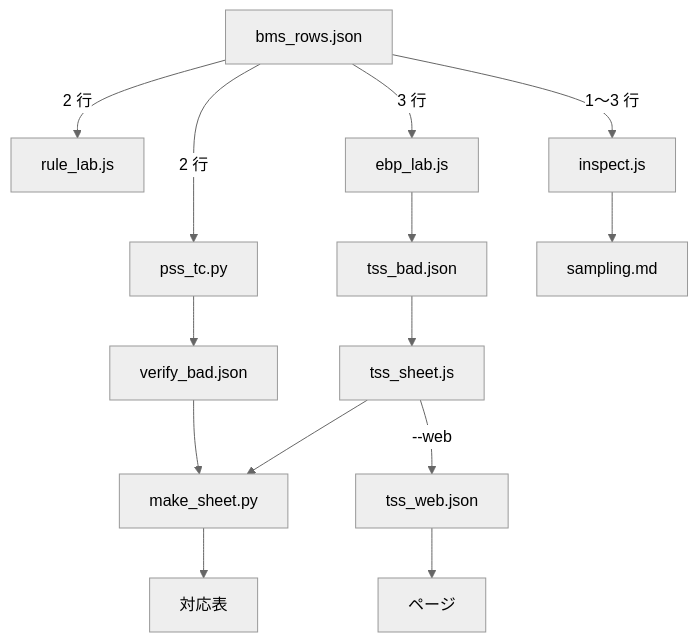
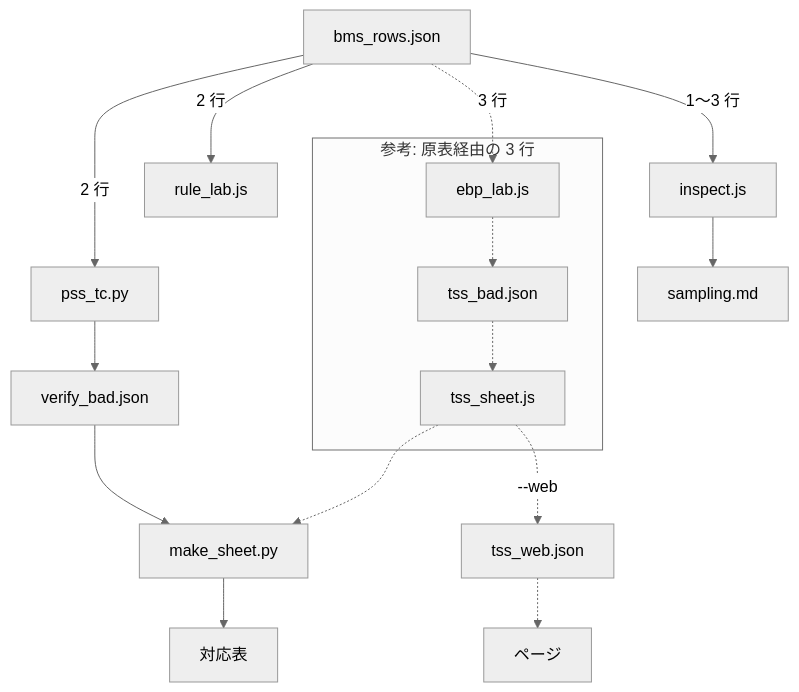
Before and after one commit to koteitan/bms-vs-taranovskys-c: the third of 4 diagrams in tools/README.md, drawn with Mermaid (neutral theme). The commit also changed other lines of this file and 5 other files, not shown here.

````diff
--- a/tools/README.md
+++ b/tools/README.md
@@ -98,23 +156,25 @@
 ```mermaid
 flowchart TB
   rows["bms_rows.json"]
   pss["pss_tc.py"]
   rl["rule_lab.js"]
-  el["ebp_lab.js"]
   insp["inspect.js"]
   vb["verify_bad.json"]
-  tb["tss_bad.json"]
-  ts["tss_sheet.js"]
   smp["sampling.md"]
   ms["make_sheet.py"]
+  out["対応表"]
   web["tss_web.json"]
-  out["対応表"]
   page["ページ"]
+  subgraph REF3["参考: 原表経由の 3 行"]
+    el["ebp_lab.js"]
+    tb["tss_bad.json"]
+    ts["tss_sheet.js"]
+  end
 
   rows -->|"2 行"| pss --> vb --> ms
   rows -->|"2 行"| rl
-  rows -->|"3 行"| el --> tb --> ts
   rows -->|"1〜3 行"| insp --> smp
-  ts --> ms --> out
-  ts -->|"--web"| web --> page
+  rows -.->|"3 行"| el -.-> tb -.-> ts
+  ts -.-> ms --> out
+  ts -.->|"--web"| web -.-> page
 ```
````
